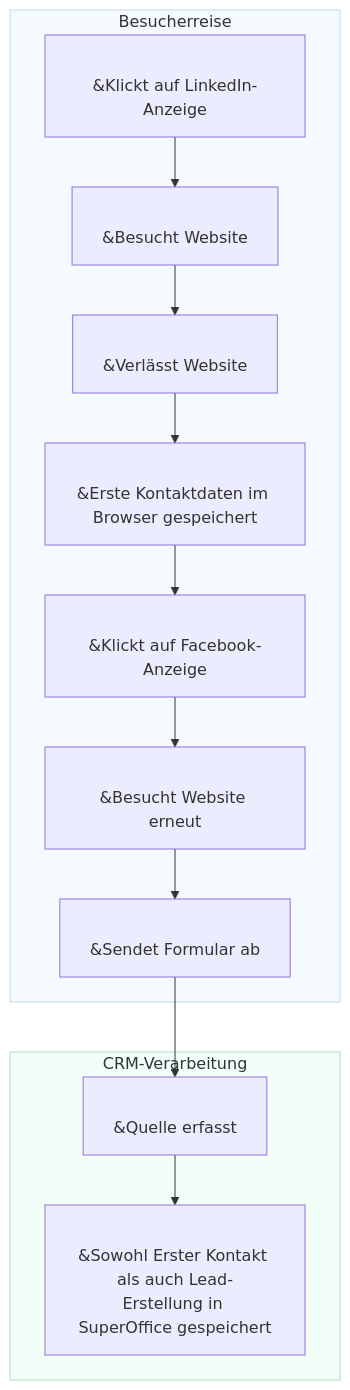
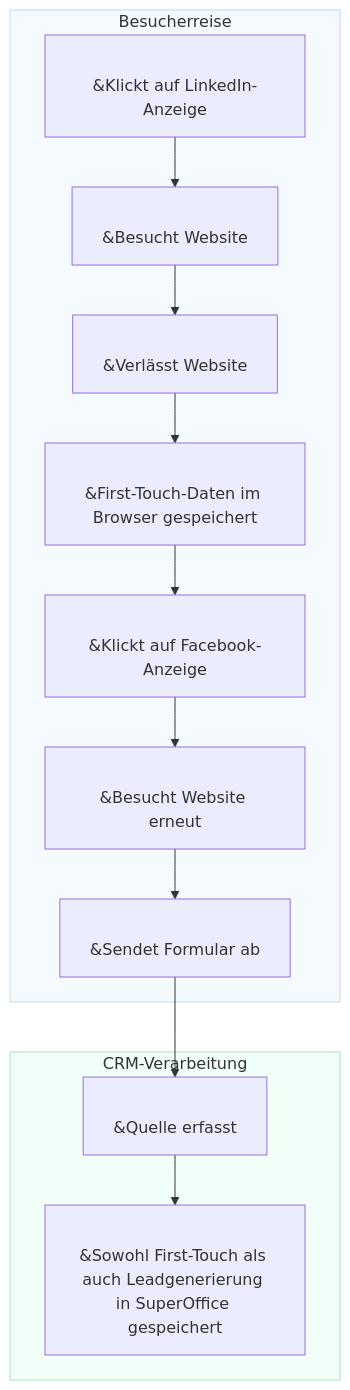
One commit to SuperOfficeDocs/superoffice-docs changed the diagram in docs/de/marketing/utm/learn/index.md. Above: the diagram before and after it, drawn with Mermaid. The commit also changed other lines of this file and 6 other files, not shown here.

````diff
--- a/docs/de/marketing/utm/learn/index.md
+++ b/docs/de/marketing/utm/learn/index.md
@@ -57,19 +57,19 @@
 ```mermaid
 flowchart TD
     subgraph Journey["Besucherreise"]
         A["<br/>&#8203;Klickt auf LinkedIn-Anzeige<br/> "] --> B["<br/>&#8203;Besucht Website<br/> "]
         B --> C["<br/>&#8203;Verlässt Website<br/> "]
-        C --> D["<br/>&#8203;Erste Kontaktdaten im Browser gespeichert<br/> "]
+        C --> D["<br/>&#8203;First-Touch-Daten im Browser gespeichert<br/> "]
         D --> E["<br/>&#8203;Klickt auf Facebook-Anzeige<br/> "]
         E --> F["<br/>&#8203;Besucht Website erneut<br/> "]
         F --> G["<br/>&#8203;Sendet Formular ab<br/> "]
     end
 
     subgraph CRM["CRM-Verarbeitung"]
         G --> H["<br/>&#8203;Quelle erfasst<br/> "]
-        H --> I["<br/>&#8203;Sowohl Erster Kontakt als auch Lead-Erstellung in SuperOffice gespeichert<br/> "]
+        H --> I["<br/>&#8203;Sowohl First-Touch als auch Leadgenerierung in SuperOffice gespeichert<br/> "]
     end
 
     style Journey fill:#f5faff,stroke:#c0d9f1,stroke-width:1px
     style CRM fill:#f2fff8,stroke:#a8e0c0,stroke-width:1px
 ```
````
